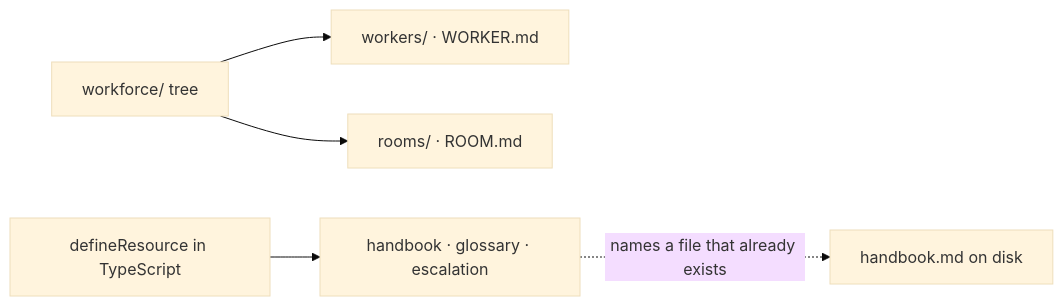
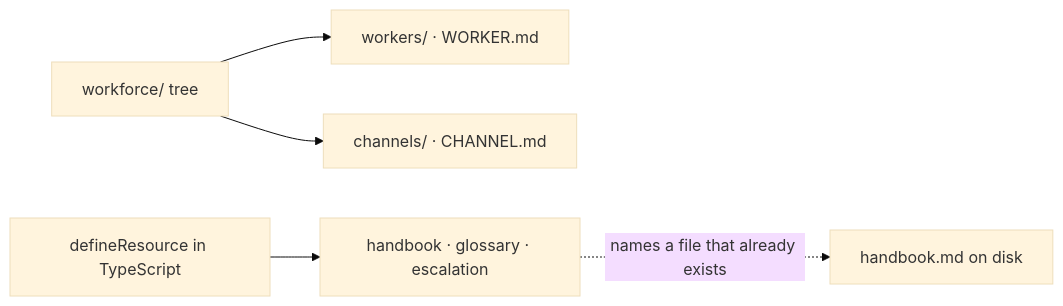
One commit to fixpoint-labs/flow-state-dev changed the first of 3 diagrams in spec/FIX-1354.explainer.md. Above: the diagram before and after it, drawn with Mermaid (base theme). The commit also changed other lines of this file and 1 other file, not shown here.

First line of the commit message:
spec(FIX-1354): room -> channel, and the epic's count is three

````diff
--- a/spec/FIX-1354.explainer.md
+++ b/spec/FIX-1354.explainer.md
@@ -10,7 +10,7 @@
 ```mermaid
 flowchart LR
   TREE["workforce/ tree"] --> W["workers/ · WORKER.md"]
-  TREE --> R["rooms/ · ROOM.md"]
+  TREE --> R["channels/ · CHANNEL.md"]
   CODE["defineResource in TypeScript"] --> RES["handbook · glossary · escalation"]
   RES -.->|"names a file that already exists"| DISK["handbook.md on disk"]
 ```
````
